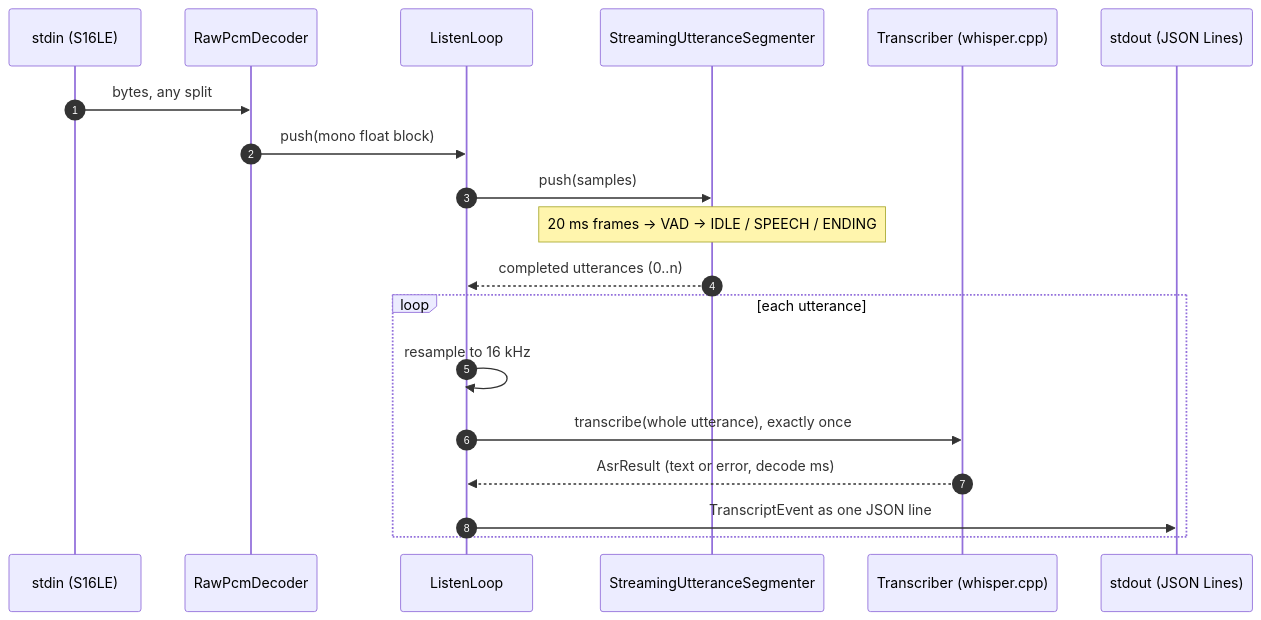
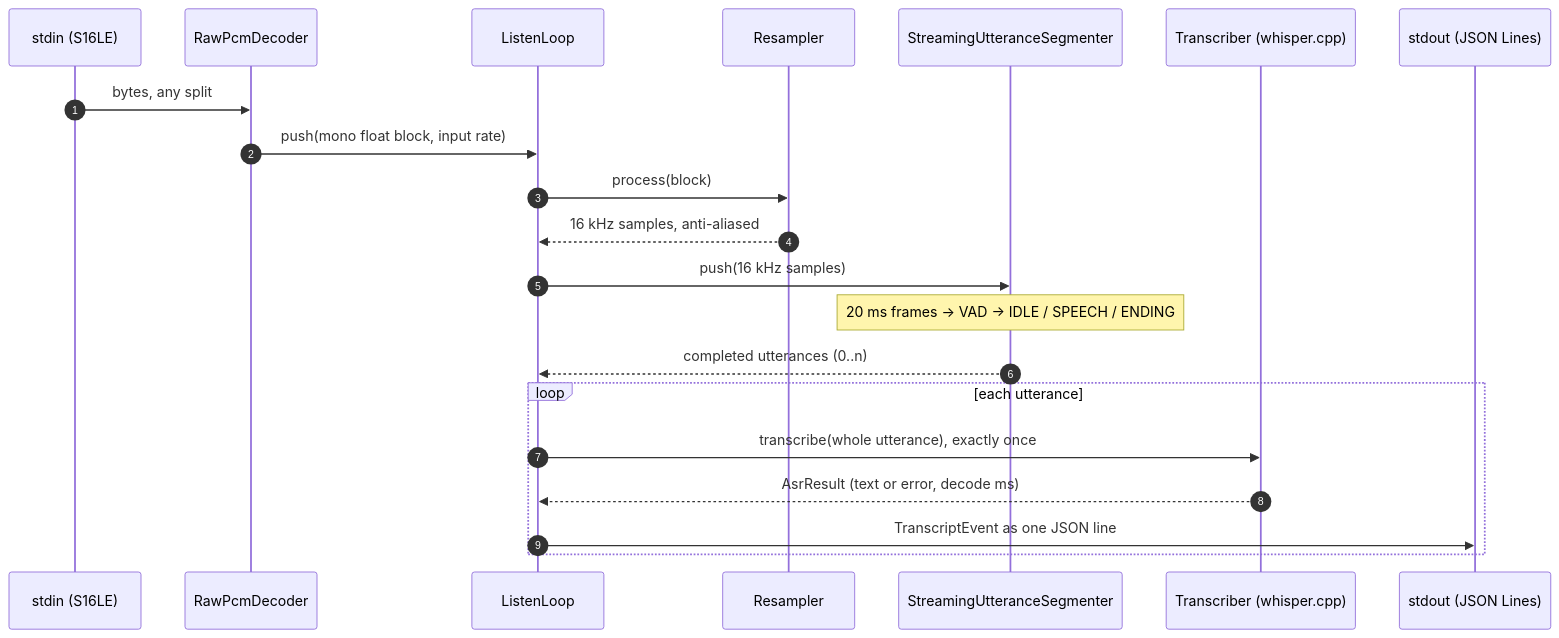
Before and after one commit to 22by7-raikar/On-Device-Voice-Interface: the diagram in docs/diagrams/listen_pipeline.mmd, drawn with Mermaid. The commit also changed 22 other files, not shown here.

```diff
--- a/docs/diagrams/listen_pipeline.mmd
+++ b/docs/diagrams/listen_pipeline.mmd
@@ -1,21 +1,23 @@
 %% odvi_listen: one push() of a PCM block, through to an event on stdout.
 sequenceDiagram
     autonumber
     participant In as stdin (S16LE)
     participant Dec as RawPcmDecoder
     participant LL as ListenLoop
+    participant Rs as Resampler
     participant Seg as StreamingUtteranceSegmenter
     participant ASR as Transcriber (whisper.cpp)
     participant Out as stdout (JSON Lines)
 
     In->>Dec: bytes, any split
-    Dec->>LL: push(mono float block)
-    LL->>Seg: push(samples)
+    Dec->>LL: push(mono float block, input rate)
+    LL->>Rs: process(block)
+    Rs-->>LL: 16 kHz samples, anti-aliased
+    LL->>Seg: push(16 kHz samples)
     Note over Seg: 20 ms frames → VAD → IDLE / SPEECH / ENDING
     Seg-->>LL: completed utterances (0..n)
     loop each utterance
-        LL->>LL: resample to 16 kHz
         LL->>ASR: transcribe(whole utterance), exactly once
         ASR-->>LL: AsrResult (text or error, decode ms)
         LL->>Out: TranscriptEvent as one JSON line
     end
```
